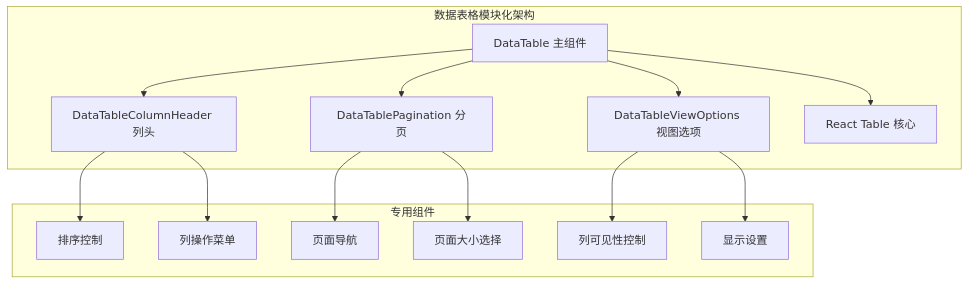
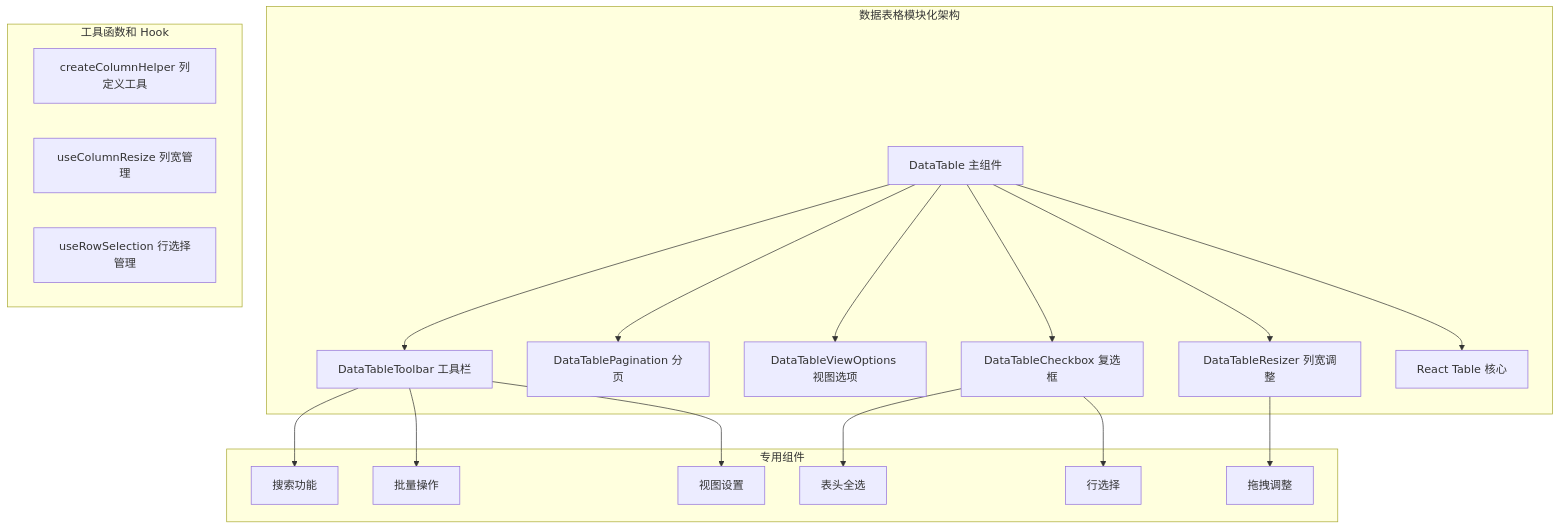
The eighth of 15 diagrams in .qoder/repowiki/zh/content/开发工具/Shadcn_UI 技能系统.md (translateServers/nodes-stack), drawn with Mermaid before and after one commit. The commit also changed other lines of this file and 5 other files, not shown here.

````diff
--- a/.qoder/repowiki/zh/content/开发工具/Shadcn_UI 技能系统.md
+++ b/.qoder/repowiki/zh/content/开发工具/Shadcn_UI 技能系统.md
@@ -360,17 +375,24 @@
 ```mermaid
 graph TB
 subgraph "数据表格模块化架构"
-A[DataTable 主组件] --> B[DataTableColumnHeader 列头]
+A[DataTable 主组件] --> B[DataTableToolbar 工具栏]
 A --> C[DataTablePagination 分页]
 A --> D[DataTableViewOptions 视图选项]
-A --> E[React Table 核心]
+A --> E[DataTableCheckbox 复选框]
+A --> F[DataTableResizer 列宽调整]
+A --> G[React Table 核心]
+end
+subgraph "工具函数和 Hook"
+H[createColumnHelper 列定义工具]
+I[useColumnResize 列宽管理]
+J[useRowSelection 行选择管理]
 end
 subgraph "专用组件"
-B --> F[排序控制]
-B --> G[列操作菜单]
-C --> H[页面导航]
-C --> I[页面大小选择]
-D --> J[列可见性控制]
-D --> K[显示设置]
+B --> K[搜索功能]
+B --> L[批量操作]
+B --> M[视图设置]
+E --> N[表头全选]
+E --> O[行选择]
+F --> P[拖拽调整]
 end
 ```
````
